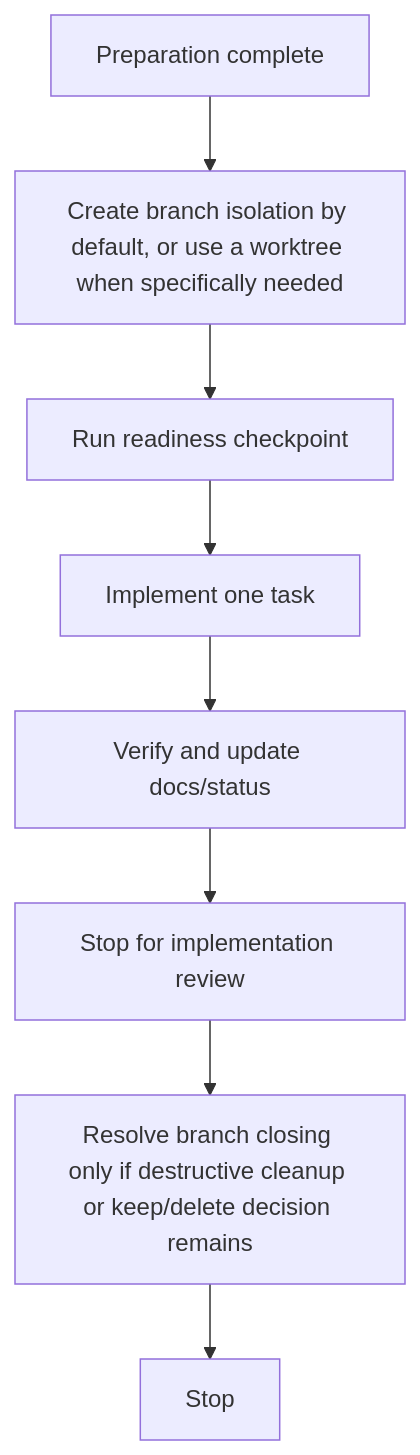
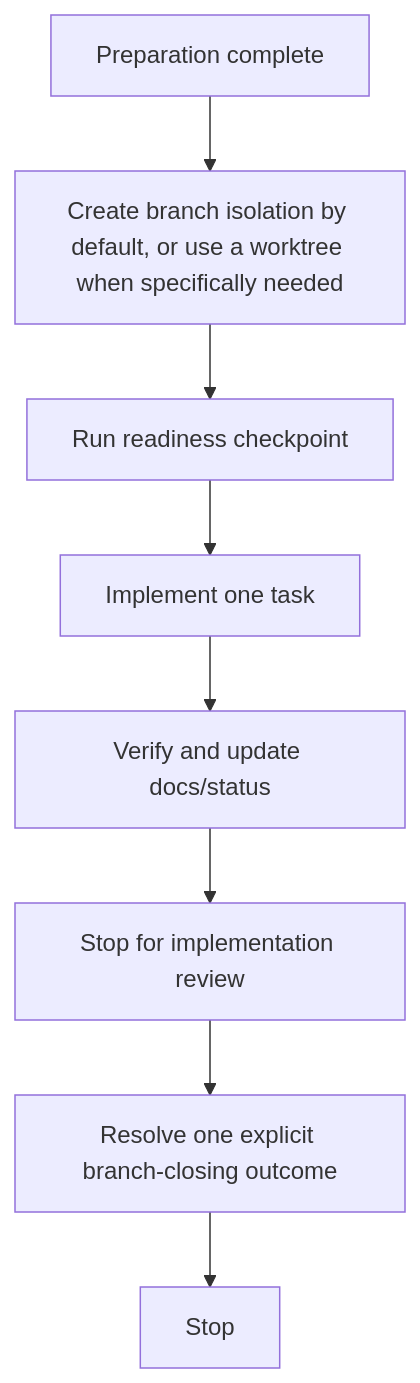
The seventh of 7 diagrams in WORKFLOW-STRUCTURE.md (Adol1111/doc-driven-spec-workflow), drawn with Mermaid before and after one commit. The commit also changed other lines of this file and 2 other files, not shown here.

````diff
--- a/WORKFLOW-STRUCTURE.md
+++ b/WORKFLOW-STRUCTURE.md
@@ -276,19 +277,19 @@
 ```mermaid
 flowchart TD
     Ready[Preparation complete]
     Isolation[Create branch isolation by default, or use a worktree when specifically needed]
     Readiness[Run readiness checkpoint]
     Code[Implement one task]
     Verify[Verify and update docs/status]
     WrapReview[Stop for implementation review]
-    Closing[Resolve branch closing only if destructive cleanup or keep/delete decision remains]
+    Closing[Resolve one explicit branch-closing outcome]
     Stop[Stop]
 
     Ready --> Isolation
     Isolation --> Readiness
     Readiness --> Code
     Code --> Verify
     Verify --> WrapReview
     WrapReview --> Closing
     Closing --> Stop
 ```
````
